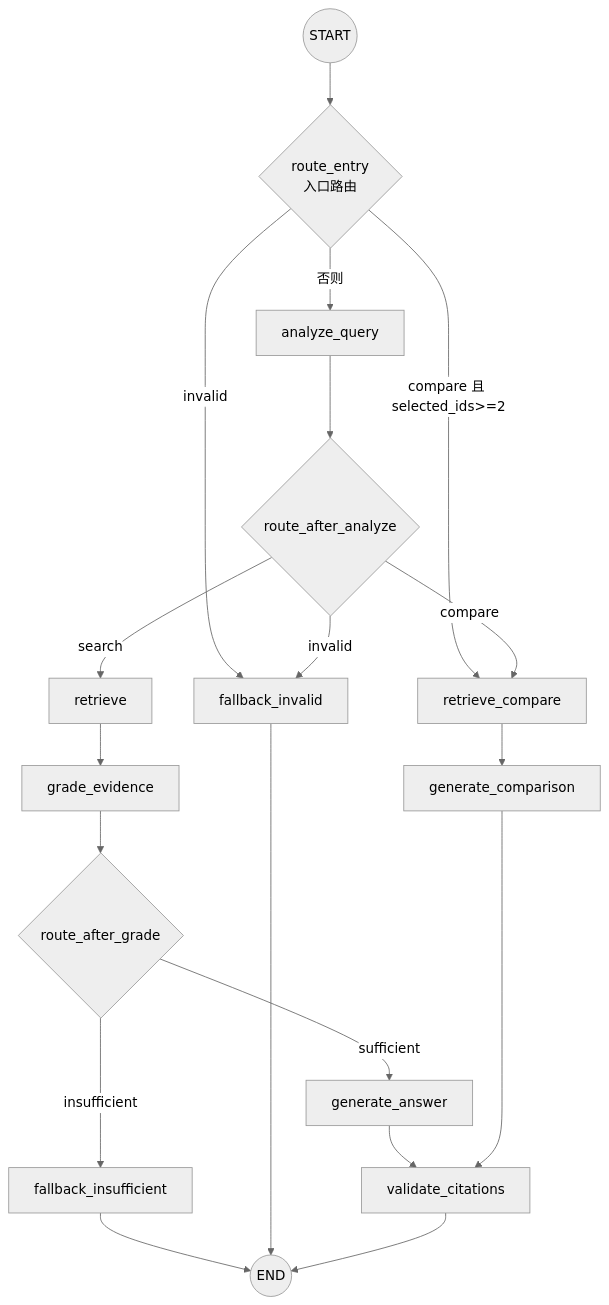
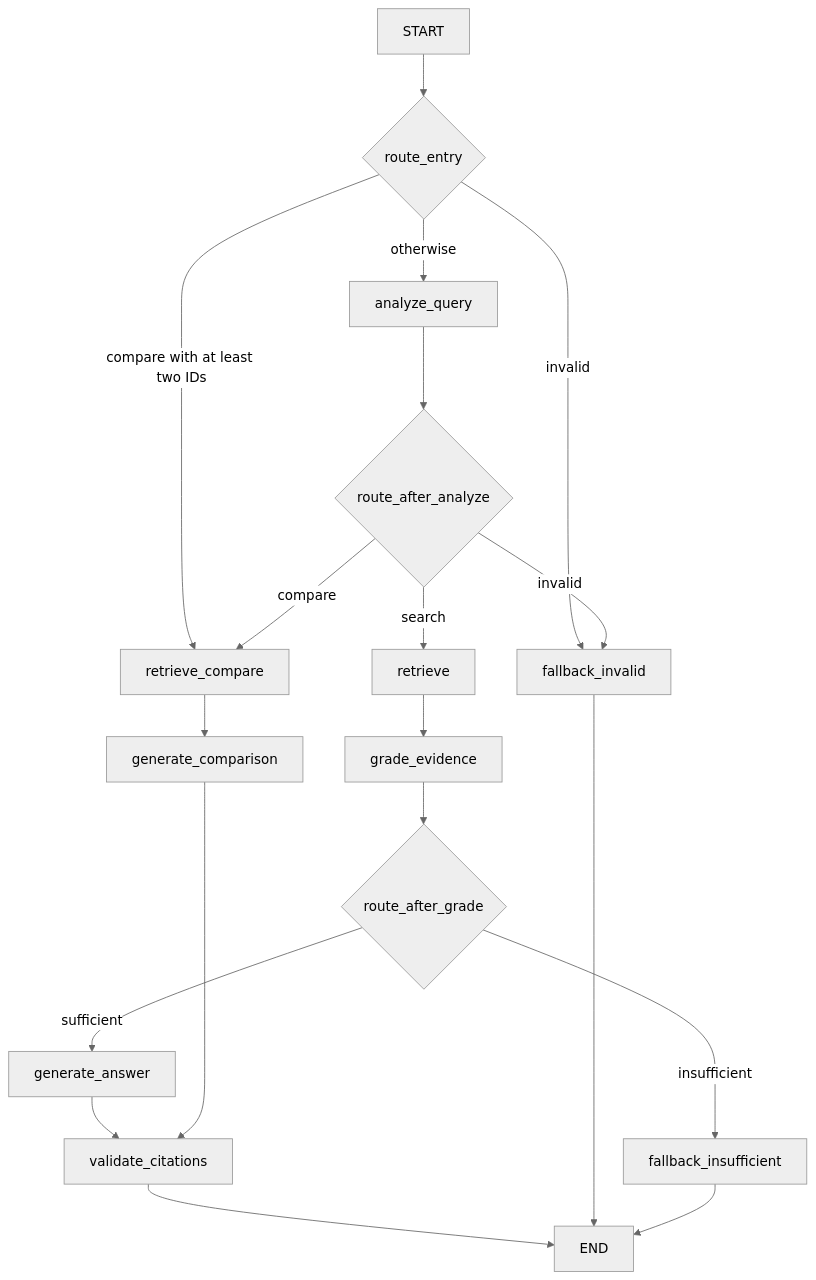
The diagram in graph-structure.md (24078302Liz/NasaHackathon_Winner), drawn with Mermaid (neutral theme) before and after one commit. The commit also changed other lines of this file and 33 other files, not shown here.

````diff
--- a/graph-structure.md
+++ b/graph-structure.md
@@ -9,27 +5,21 @@
 ```mermaid
 flowchart TD
-    START((START)) --> ROUTE{route_entry<br/>入口路由}
-
-    ROUTE -- "compare 且 selected_ids>=2" --> retrieve_compare[retrieve_compare]
-    ROUTE -- "invalid" --> fallback_invalid[fallback_invalid]
-    ROUTE -- "否则" --> analyze_query[analyze_query]
-
-    analyze_query --> ROUTE2{route_after_analyze}
-    ROUTE2 -- "invalid" --> fallback_invalid
-    ROUTE2 -- "compare" --> retrieve_compare
-    ROUTE2 -- "search" --> retrieve[retrieve]
-
-    retrieve --> grade_evidence[grade_evidence]
-    grade_evidence --> ROUTE3{route_after_grade}
-    ROUTE3 -- "sufficient" --> generate_answer[generate_answer]
-    ROUTE3 -- "insufficient" --> fallback_insufficient[fallback_insufficient]
-
-    retrieve_compare --> generate_comparison[generate_comparison]
-
-    generate_answer --> validate_citations[validate_citations]
+    START --> entry{route_entry}
+    entry -->|compare with at least two IDs| retrieve_compare
+    entry -->|invalid| fallback_invalid
+    entry -->|otherwise| analyze_query
+    analyze_query --> intent{route_after_analyze}
+    intent -->|search| retrieve
+    intent -->|compare| retrieve_compare
+    intent -->|invalid| fallback_invalid
+    retrieve --> grade_evidence
+    grade_evidence --> grade{route_after_grade}
+    grade -->|sufficient| generate_answer
+    grade -->|insufficient| fallback_insufficient
+    retrieve_compare --> generate_comparison
+    generate_answer --> validate_citations
     generate_comparison --> validate_citations
-
-    fallback_insufficient --> END((END))
+    validate_citations --> END
     fallback_invalid --> END
-    validate_citations --> END
+    fallback_insufficient --> END
 ```
````
